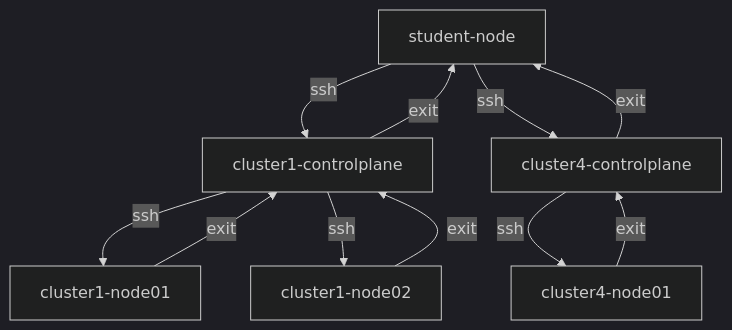
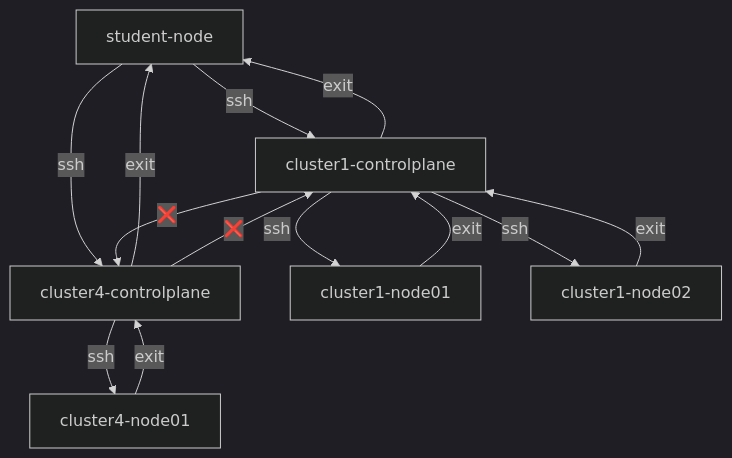
The fourth of 4 diagrams in docs/ssh.md (kodekloudhub/community-faq), drawn with Mermaid (dark theme) before and after one commit.

Commit message:
Show invalid ssh direction

````diff
--- a/docs/ssh.md
+++ b/docs/ssh.md
@@ -322,27 +322,29 @@
 ```mermaid
 flowchart TD
 
     Jump[student-node]
 
     AC[cluster1-controlplane]
     BC[cluster4-controlplane]
     A1[cluster1-node01]
     A2[cluster1-node02]
     B1[cluster4-node01]
 
     Jump -->|ssh| AC
     Jump -->|ssh| BC
 
     AC -->|ssh| A1
     AC -->|ssh| A2
 
     BC -->|ssh| B1
 
     A1 -->|exit| AC
     A2 -->|exit| AC
     AC -->|exit| Jump
 
     B1 -->|exit| BC
     BC -->|exit| Jump
 
+    AC -->|❌| BC
+    BC -->|❌| AC
 ```
````
